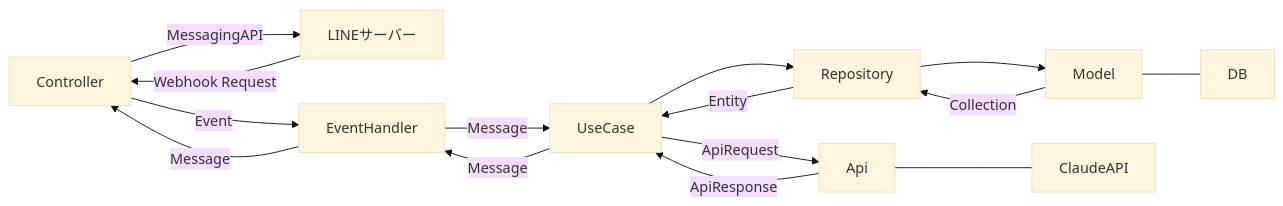
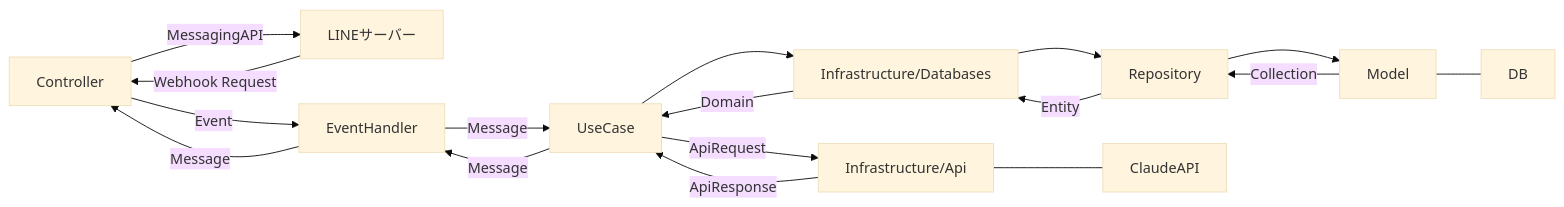
The second of 2 diagrams in README.md (mitsuoka0423/laravel-line-handson-2024), drawn with Mermaid (base theme) before and after one commit.

````diff
--- a/README.md
+++ b/README.md
@@ -100,24 +100,25 @@
 ```mermaid
 graph LR
   Controller
   UseCase
   Repository
   Model
-  Api
 
   LINEサーバー -->|Webhook Request| Controller
   Controller -->|Event| EventHandler
   EventHandler -->|Message| UseCase
-  UseCase -->|ApiRequest| Api
-  Api --- ClaudeAPI
-  UseCase --> Repository
+  UseCase -->|ApiRequest| Infrastructure/Api
+  Infrastructure/Api --- ClaudeAPI
+  UseCase --> Infrastructure/Databases
+  Infrastructure/Databases --> Repository
   Repository --> Model
   Model --- DB
 
   Model -->|Collection| Repository
-  Repository -->|Entity| UseCase
-  Api -->|ApiResponse| UseCase
+  Repository -->|Entity| Infrastructure/Databases
+  Infrastructure/Databases -->|Domain| UseCase
+  Infrastructure/Api -->|ApiResponse| UseCase
   UseCase -->|Message| EventHandler
   EventHandler -->|Message| Controller
   Controller -->|MessagingAPI| LINEサーバー
 ```
````
